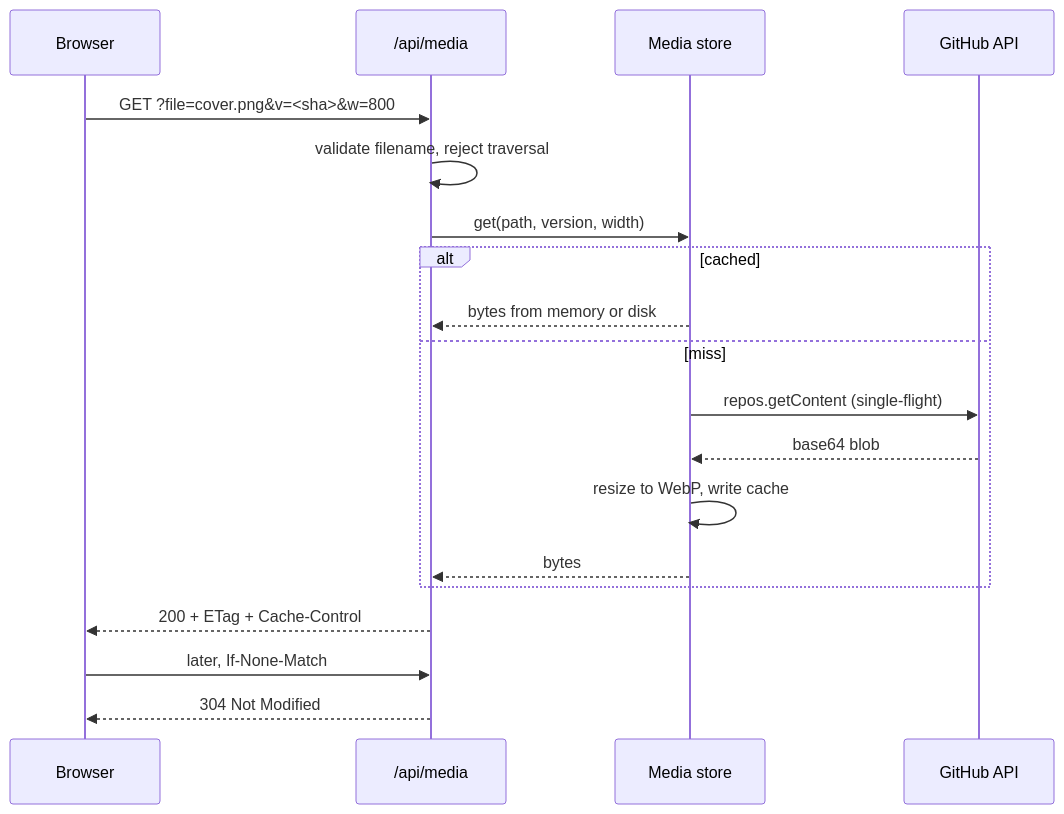
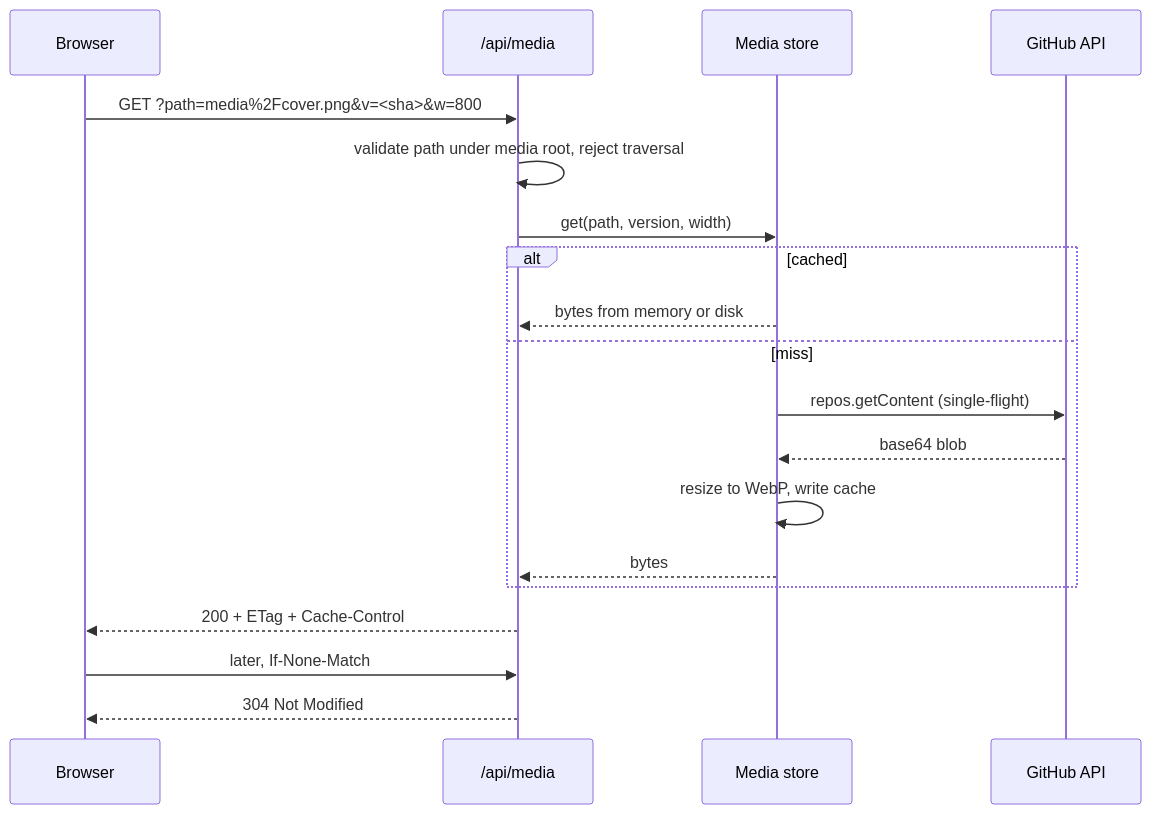
Before and after one commit to victor3spoir/mdvault: the diagram in mdvault-docs/content/docs/guides/serve-private-images.md, drawn with Mermaid. The commit also changed other lines of this file and 49 other files, not shown here.

````diff
--- a/mdvault-docs/content/docs/guides/serve-private-images.md
+++ b/mdvault-docs/content/docs/guides/serve-private-images.md
@@ -27,21 +29,21 @@
 ```mermaid
 sequenceDiagram
   participant B as Browser
   participant R as /api/media
   participant S as Media store
   participant G as GitHub API
-  B->>R: GET ?file=cover.png&v=<sha>&w=800
-  R->>R: validate filename, reject traversal
+  B->>R: GET ?path=media%2Fcover.png&v=<sha>&w=800
+  R->>R: validate path under media root, reject traversal
   R->>S: get(path, version, width)
   alt cached
     S-->>R: bytes from memory or disk
   else miss
     S->>G: repos.getContent (single-flight)
     G-->>S: base64 blob
     S->>S: resize to WebP, write cache
     S-->>R: bytes
   end
   R-->>B: 200 + ETag + Cache-Control
   B->>R: later, If-None-Match
   R-->>B: 304 Not Modified
 ```
````
